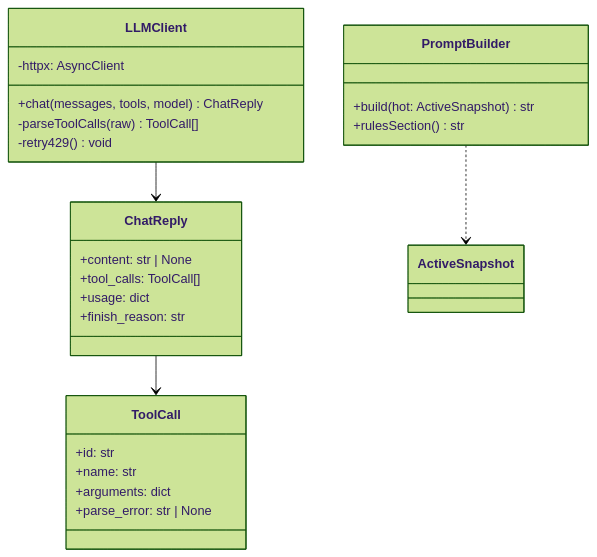
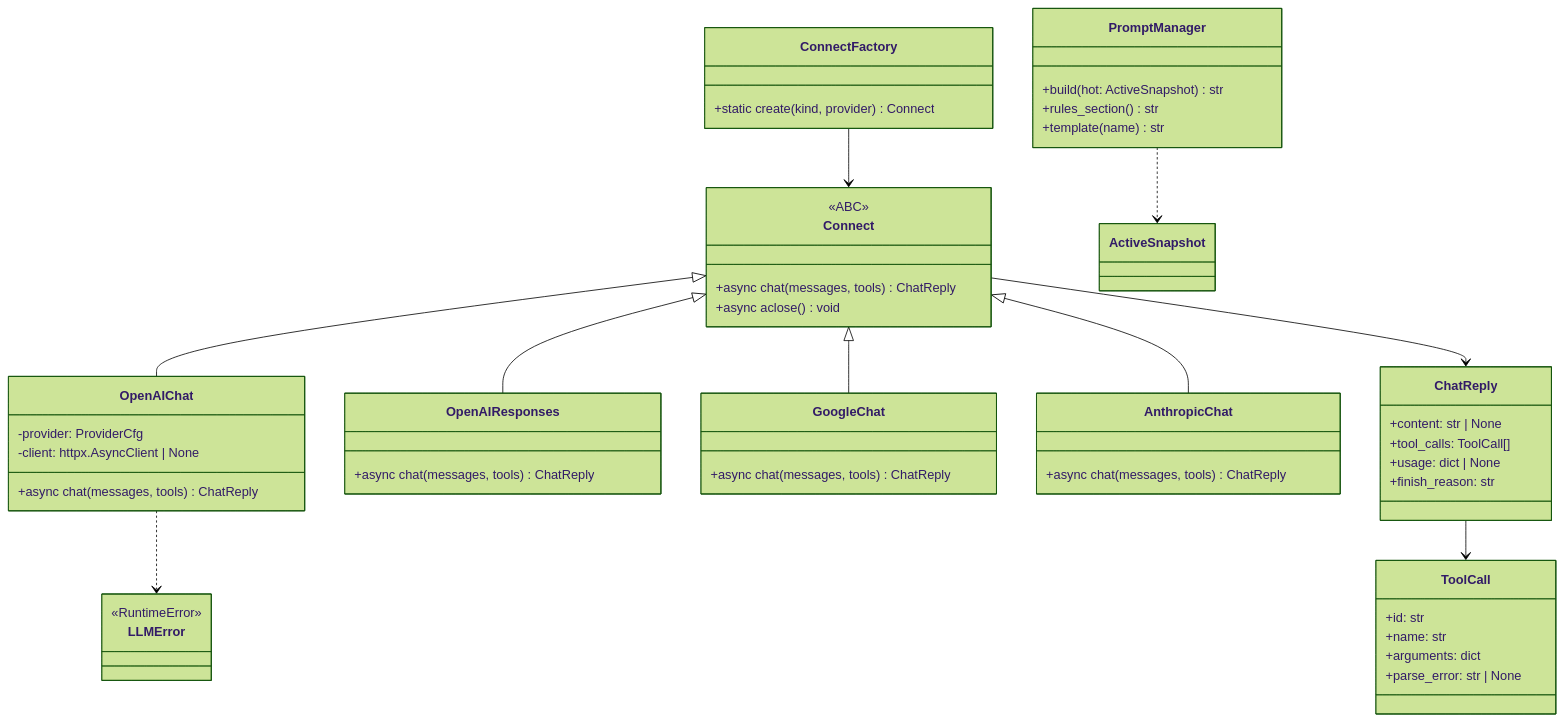
One commit to Flowerf19/thyca-ai changed the diagram in .agents/plans/services/llm.md. Above: the diagram before and after it, drawn with Mermaid (forest theme). The commit also changed other lines of this file and 23 other files, not shown here.

First line of the commit message:
feat(agent): wire CLI, PromptManager, and chat UI

````diff
--- a/.agents/plans/services/llm.md
+++ b/.agents/plans/services/llm.md
@@ -17,28 +17,54 @@
 ```mermaid
 classDiagram
-    class PromptBuilder {
+    class PromptManager {
         +build(hot: ActiveSnapshot) str
-        +rulesSection() str
+        +rules_section() str
+        +template(name) str
     }
-    class LLMClient {
-        -httpx: AsyncClient
-        +chat(messages, tools, model) ChatReply
-        -parseToolCalls(raw) ToolCall[]
-        -retry429() void
+    class Connect {
+        <<ABC>>
+        +async chat(messages, tools) ChatReply
+        +async aclose() void
+    }
+    class OpenAIChat {
+        -provider: ProviderCfg
+        -client: httpx.AsyncClient | None
+        +async chat(messages, tools) ChatReply
+    }
+    class OpenAIResponses {
+        +async chat(messages, tools) ChatReply
+    }
+    class GoogleChat {
+        +async chat(messages, tools) ChatReply
+    }
+    class AnthropicChat {
+        +async chat(messages, tools) ChatReply
+    }
+    class ConnectFactory {
+        +static create(kind, provider) Connect
     }
     class ChatReply {
         +content: str | None
         +tool_calls: ToolCall[]
-        +usage: dict
+        +usage: dict | None
         +finish_reason: str
+    }
+    class LLMError {
+        <<RuntimeError>>
     }
     class ToolCall {
         +id: str
         +name: str
         +arguments: dict
         +parse_error: str | None
     }
-    PromptBuilder ..> ActiveSnapshot
-    LLMClient --> ChatReply
+    PromptManager ..> ActiveSnapshot
+    Connect <|-- OpenAIChat
+    Connect <|-- OpenAIResponses
+    Connect <|-- GoogleChat
+    Connect <|-- AnthropicChat
+    ConnectFactory --> Connect
+    Connect --> ChatReply
     ChatReply --> ToolCall
+    OpenAIChat ..> LLMError
 ```
````
